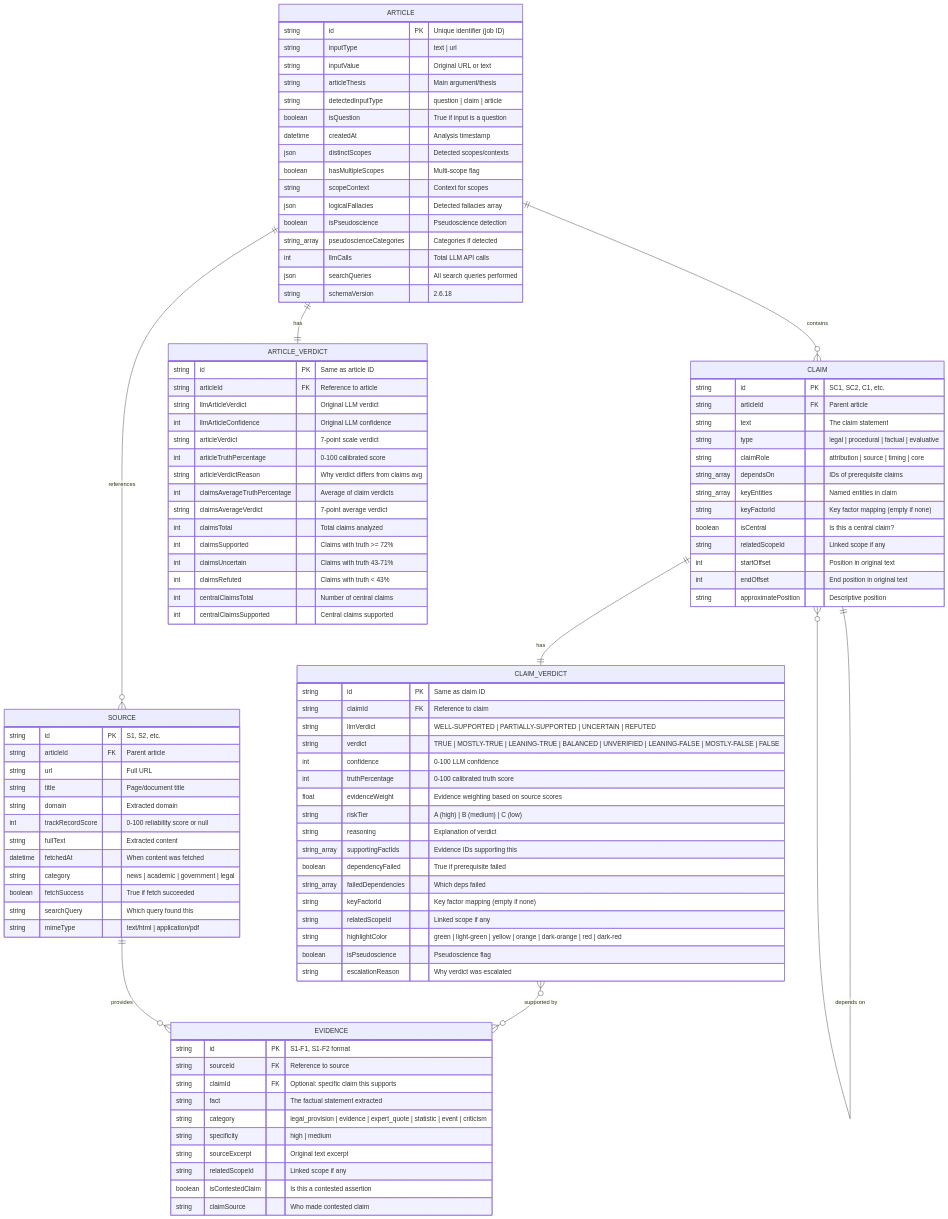
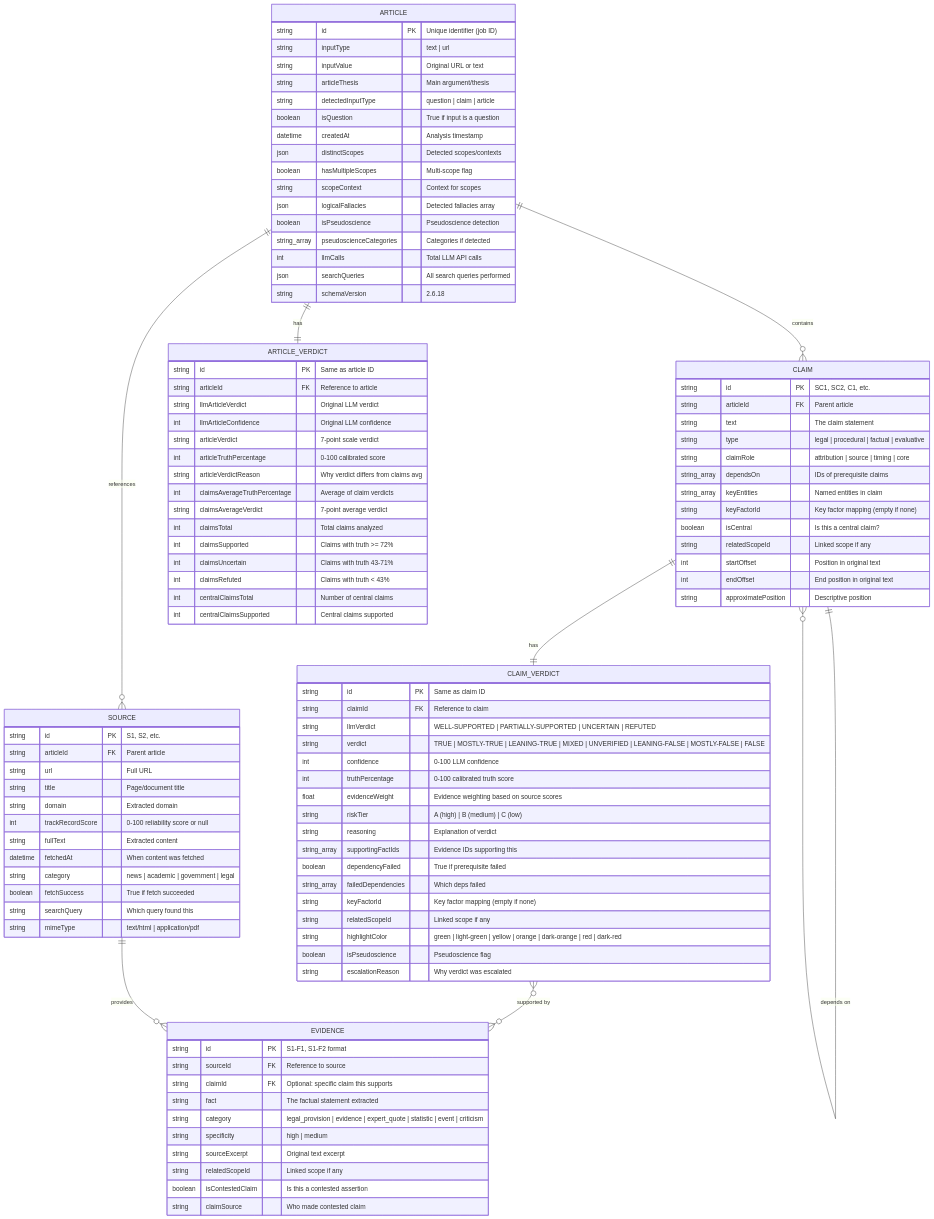
Before and after one commit to robertschaub/FactHarbor: the second of 4 diagrams in Docs/ARCHITECTURE/Overview.md, drawn with Mermaid. The commit also changed other lines of this file and 3 other files, not shown here.

First line of the commit message:
docs: Update documentation for MIXED verdict and counter-evidence system

```diff
--- a/Docs/ARCHITECTURE/Overview.md
+++ b/Docs/ARCHITECTURE/Overview.md
@@ -225,7 +225,7 @@
         string id PK "Same as claim ID"
         string claimId FK "Reference to claim"
         string llmVerdict "WELL-SUPPORTED | PARTIALLY-SUPPORTED | UNCERTAIN | REFUTED"
-        string verdict "TRUE | MOSTLY-TRUE | LEANING-TRUE | BALANCED | UNVERIFIED | LEANING-FALSE | MOSTLY-FALSE | FALSE"
+        string verdict "TRUE | MOSTLY-TRUE | LEANING-TRUE | MIXED | UNVERIFIED | LEANING-FALSE | MOSTLY-FALSE | FALSE"
         int confidence "0-100 LLM confidence"
         int truthPercentage "0-100 calibrated truth score"
         float evidenceWeight "Evidence weighting based on source scores"
```
